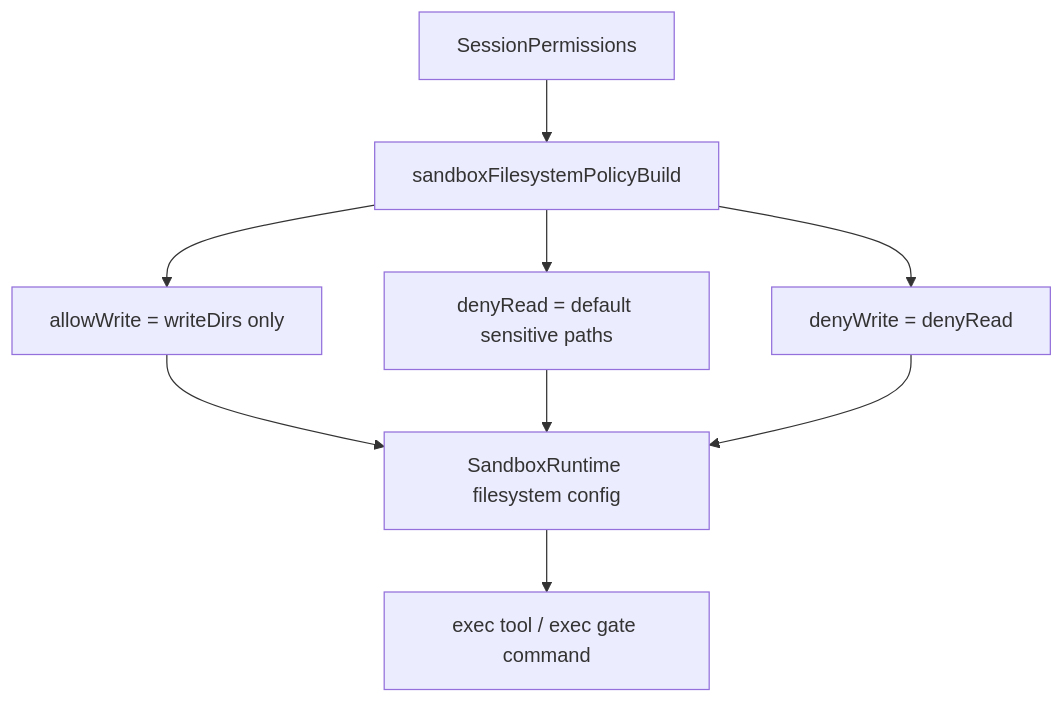
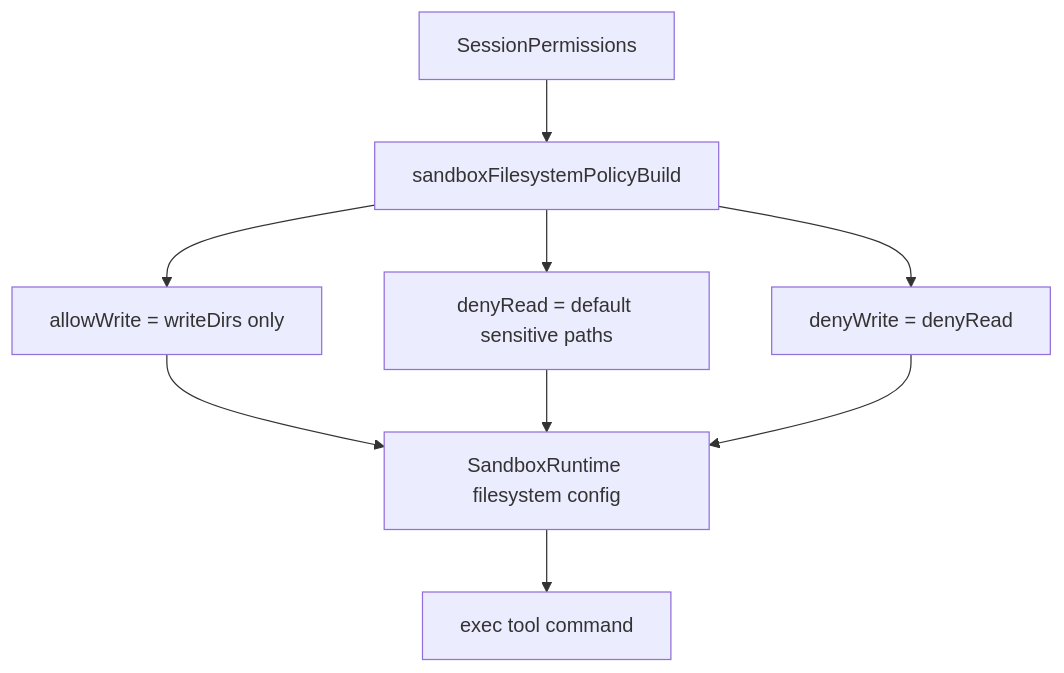
The diagram in doc/internals/exec-filesystem-denylist.md (ex3ndr/daycare), drawn with Mermaid before and after one commit. The commit also changed other lines of this file and 51 other files, not shown here.

````diff
--- a/doc/internals/exec-filesystem-denylist.md
+++ b/doc/internals/exec-filesystem-denylist.md
@@ -16,11 +16,11 @@
 ```mermaid
 flowchart TD
   A[SessionPermissions] --> B[sandboxFilesystemPolicyBuild]
   B --> C[allowWrite = writeDirs only]
   B --> D[denyRead = default sensitive paths]
   B --> E[denyWrite = denyRead]
   C --> F[SandboxRuntime filesystem config]
   D --> F
   E --> F
-  F --> G[exec tool / exec gate command]
+  F --> G[exec tool command]
 ```
````
